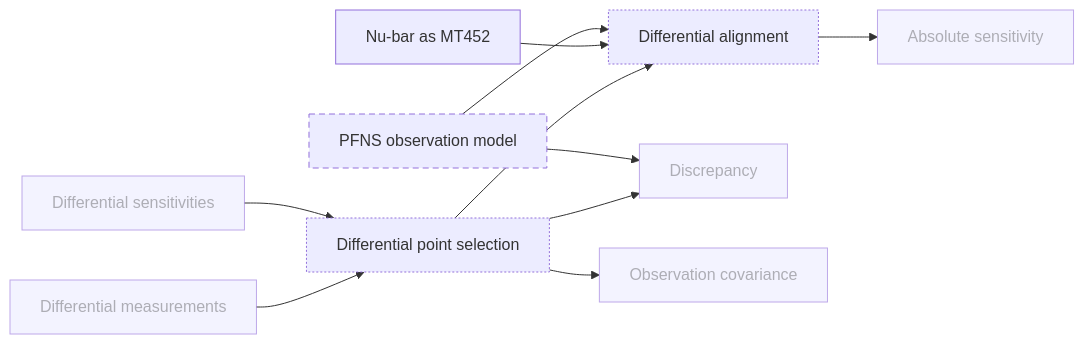
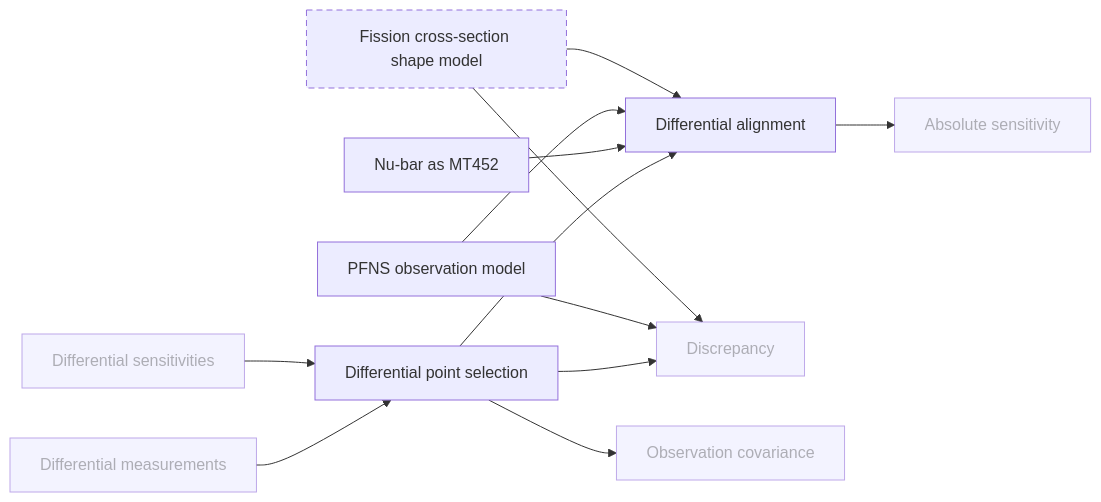
The sixth of 10 diagrams in DBC/CONCEPTS.md (aurja130/WPEC_SG52), drawn with Mermaid before and after one commit. The commit also changed other lines of this file and 8 other files, not shown here.

````diff
--- a/DBC/CONCEPTS.md
+++ b/DBC/CONCEPTS.md
@@ -298,23 +298,23 @@
 ```mermaid
 flowchart LR
   DifferentialSet["Differential measurements"]
   DifferentialSensitivities["Differential sensitivities"]
   DifferentialSelection["Differential point selection"]
   NubarAsTotal["Nu-bar as MT452"]
   DifferentialAlignment["Differential alignment"]
   Discrepancy["Discrepancy"]
   AbsoluteSensitivity["Absolute sensitivity"]
   ObservationCovariance["Observation covariance"]
   PfnsObservationModel["PFNS observation model"]
+  CrossSectionShapeModel["Fission cross-section shape model"]
   DifferentialSet & DifferentialSensitivities --> DifferentialSelection
   DifferentialSelection --> Discrepancy & ObservationCovariance
-  DifferentialSelection & NubarAsTotal & PfnsObservationModel --> DifferentialAlignment
-  PfnsObservationModel --> Discrepancy
+  DifferentialSelection & NubarAsTotal & PfnsObservationModel & CrossSectionShapeModel --> DifferentialAlignment
+  PfnsObservationModel & CrossSectionShapeModel --> Discrepancy
   DifferentialAlignment --> AbsoluteSensitivity
   classDef planned stroke-dasharray: 6 4
   classDef partial stroke-dasharray: 2 2
   classDef external opacity: 0.6
-  class DifferentialSelection,DifferentialAlignment partial
-  class PfnsObservationModel planned
+  class CrossSectionShapeModel planned
   class DifferentialSet,DifferentialSensitivities,Discrepancy,AbsoluteSensitivity,ObservationCovariance external
 ```
````
